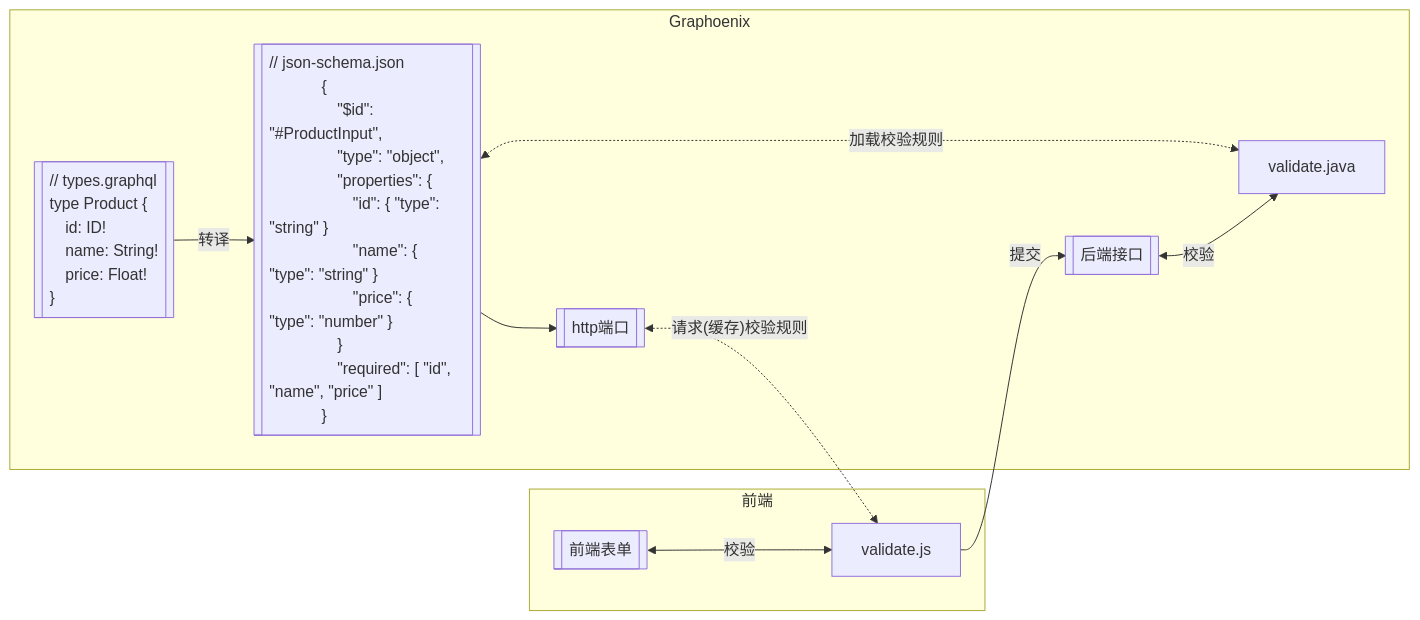
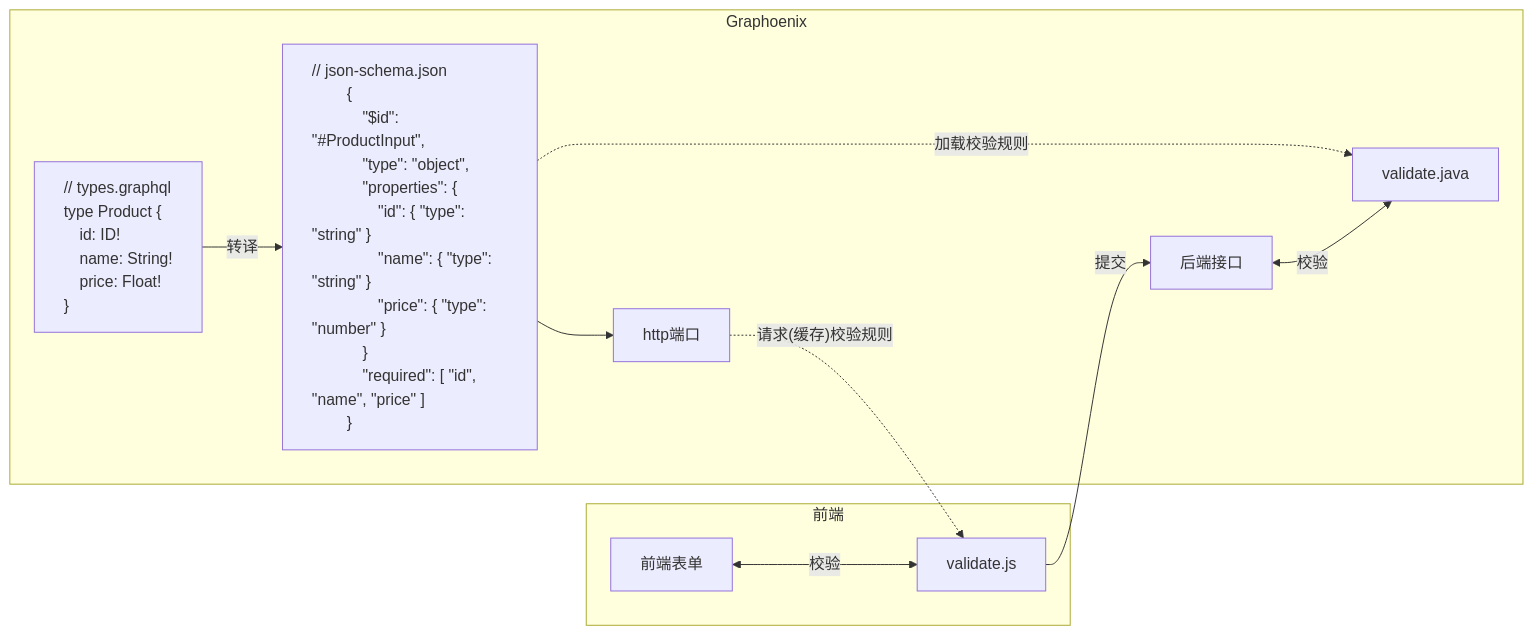
The seventh of 12 diagrams in docs/intro.md (doukai/gp-doc.github.io), drawn with Mermaid before and after one commit. The commit also changed other lines of this file, not shown here.

````diff
--- a/docs/intro.md
+++ b/docs/intro.md
@@ -246,31 +248,35 @@
 ```mermaid
 flowchart LR
     subgraph Graphoenix
-        func[[后端接口]]
+        schema["// types.graphql
+        type Product {
+        &emsp;id: ID!
+        &emsp;name: String!
+        &emsp;price: Float!
+        }"] 
+        jsonSchema["// json-schema.json
+        {
+        &emsp;&quot;$id&quot;: &quot;#ProductInput&quot;,
+        &emsp;&quot;type&quot;: &quot;object&quot;,
+        &emsp;&quot;properties&quot;: {
+        &emsp;&emsp;&quot;id&quot;: { &quot;type&quot;: &quot;string&quot; }
+        &emsp;&emsp;&quot;name&quot;: { &quot;type&quot;: &quot;string&quot; }
+        &emsp;&emsp;&quot;price&quot;: { &quot;type&quot;: &quot;number&quot; }
+        &emsp;}
+        &emsp;&quot;required&quot;: [ &quot;id&quot;, &quot;name&quot;, &quot;price&quot; ]
+        }"]
+        func[后端接口]
+        http[http端口]
         java[validate.java]
-        schema[["// types.graphql
-            type Product {
-            &emsp;id: ID!
-            &emsp;name: String!
-            &emsp;price: Float!
-            }"]] -- 转译 --> jsonSchema[["// json-schema.json
-            {
-            &emsp;&quot;$id&quot;: &quot;#ProductInput&quot;,
-            &emsp;&quot;type&quot;: &quot;object&quot;,
-            &emsp;&quot;properties&quot;: {
-            &emsp;&emsp;&quot;id&quot;: { &quot;type&quot;: &quot;string&quot; }
-            &emsp;&emsp;&quot;name&quot;: { &quot;type&quot;: &quot;string&quot; }
-            &emsp;&emsp;&quot;price&quot;: { &quot;type&quot;: &quot;number&quot; }
-            &emsp;}
-            &emsp;&quot;required&quot;: [ &quot;id&quot;, &quot;name&quot;, &quot;price&quot; ]
-            }"]] --> http[[http端口]]
+        schema -- 转译 --> jsonSchema
+        jsonSchema -. 加载校验规则 .-> java
+        jsonSchema --> http
     end
     subgraph 前端
-        http <-. 请求(缓存)校验规则 .-> js
-        jsonSchema <-. 加载校验规则 .-> java
-        form[[前端表单]] <-- 校验 --> js[validate.js]
+        http -. 请求(缓存)校验规则 .-> js
+        form[前端表单] <-- 校验 --> js[validate.js]
         js -- 提交 --> func <-- 校验 --> java
     end
     style schema text-align:left
     style jsonSchema text-align:left
 ```
````
